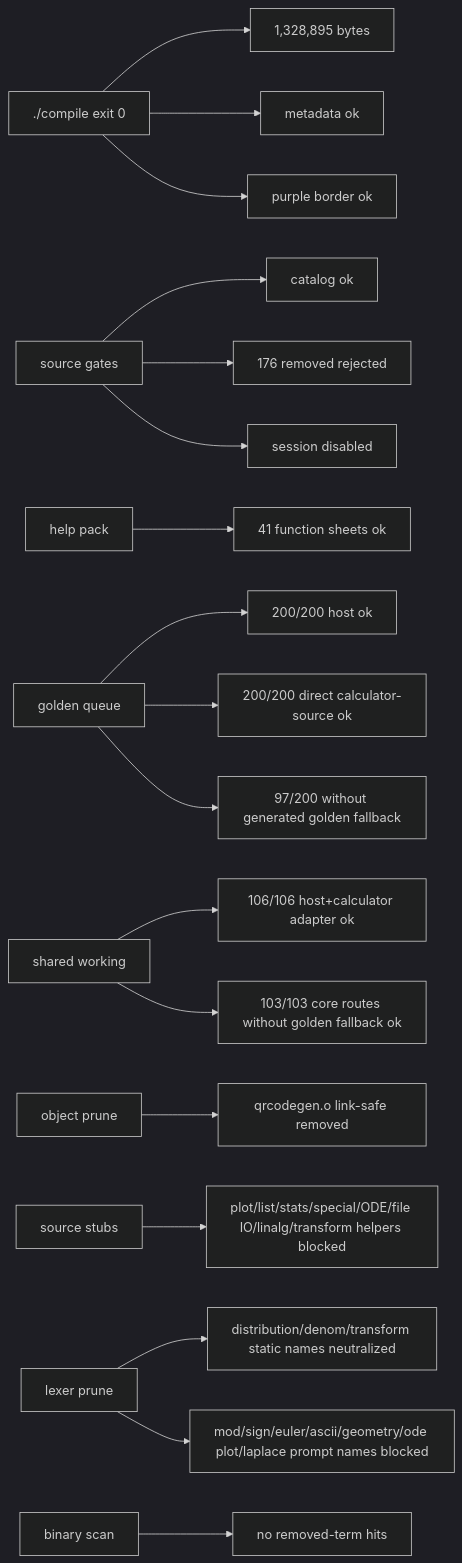
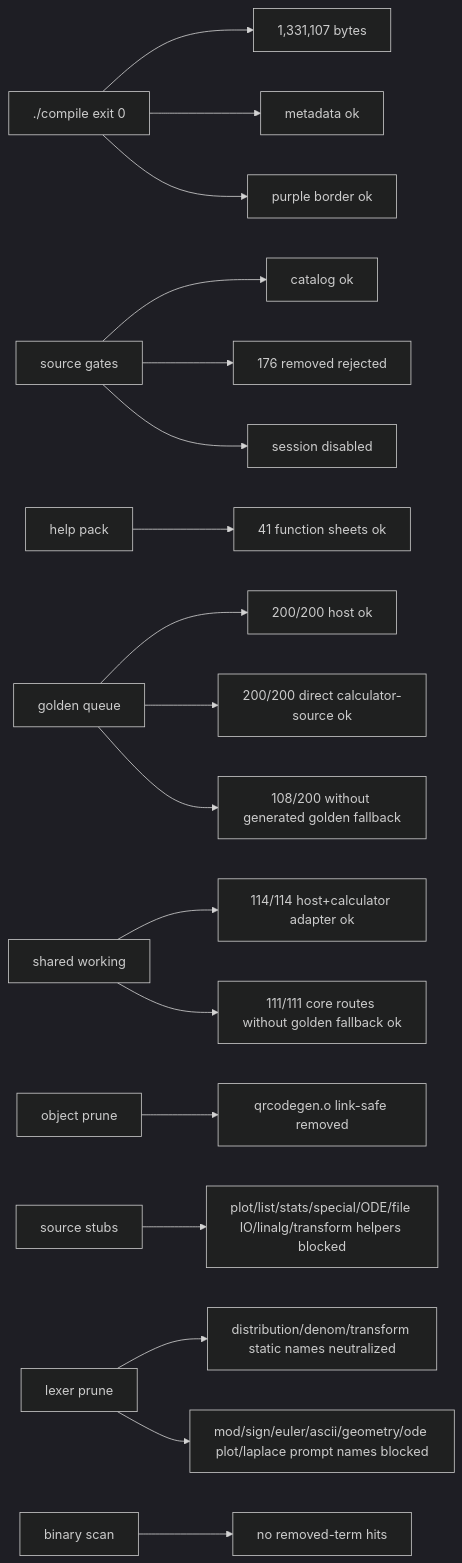
One commit to james8464/notes-addin-casio-fx-cg50 changed the seventh of 7 diagrams in docs/GRAPH.md. Above: the diagram before and after it, drawn with Mermaid (dark theme). The commit also changed other lines of this file and 4 other files, not shown here.

````diff
--- a/docs/GRAPH.md
+++ b/docs/GRAPH.md
@@ -148,20 +149,20 @@
 ```mermaid
 graph LR
-  Build["./compile exit 0"] --> Size["1,328,895 bytes"]
+  Build["./compile exit 0"] --> Size["1,331,107 bytes"]
   Build --> Meta["metadata ok"]
   Build --> Border["purple border ok"]
   Source["source gates"] --> Catalog["catalog ok"]
   Source --> Removed["176 removed rejected"]
   Source --> Session["session disabled"]
   Help["help pack"] --> HelpQ["41 function sheets ok"]
   Queue["golden queue"] --> QueueRun["200/200 host ok"]
   Queue --> GoldenRun["200/200 direct calculator-source ok"]
-  Queue --> NoGolden["97/200 without generated golden fallback"]
-  Shared["shared working"] --> SharedRun["106/106 host+calculator adapter ok"]
-  Shared --> CoreRun["103/103 core routes without golden fallback ok"]
+  Queue --> NoGolden["108/200 without generated golden fallback"]
+  Shared["shared working"] --> SharedRun["114/114 host+calculator adapter ok"]
+  Shared --> CoreRun["111/111 core routes without golden fallback ok"]
   Obj["object prune"] --> QR["qrcodegen.o link-safe removed"]
   Macro["source stubs"] --> Stubbed["plot/list/stats/special/ODE/file IO/linalg/transform helpers blocked"]
   Static["lexer prune"] --> StaticRun["distribution/denom/transform static names neutralized"]
   Static --> PromptRun["mod/sign/euler/ascii/geometry/ode plot/laplace prompt names blocked"]
   Bin["binary scan"] --> NoLeak["no removed-term hits"]
 ```
````
